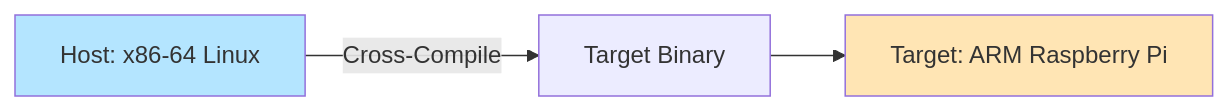
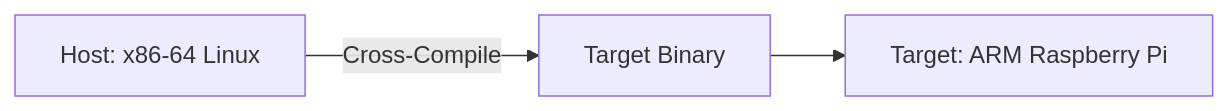
One commit to AndriiSonsiadlo/knowledge-base changed the diagram in docs/programming/cpp/01-toolchain-and-build/cross-compilation.md. Above: the diagram before and after it, drawn with Mermaid. The commit also changed 6 other files, not shown here.

Commit message:
style (C++): drop hardcoded mermaid fills in overview and toolchain diagrams

````diff
--- a/docs/programming/cpp/01-toolchain-and-build/cross-compilation.md
+++ b/docs/programming/cpp/01-toolchain-and-build/cross-compilation.md
@@ -26,8 +26,6 @@
 ```mermaid
 graph LR
     A[Host: x86-64 Linux] -->|Cross-Compile| B[Target Binary]
     B --> C[Target: ARM Raspberry Pi]
     
-    style A fill:#B4E5FF
-    style C fill:#FFE5B4
 ```
````
